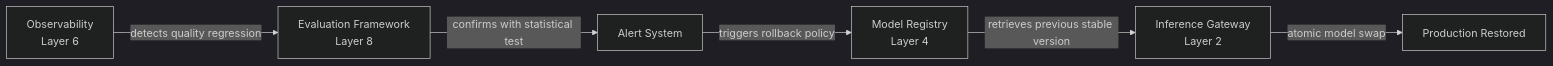
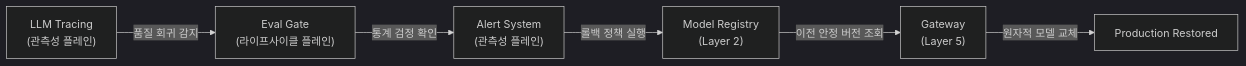
Before and after one commit to devfloor9/engineering-playbook: the seventh of 10 diagrams in docs/agentic-ai-platform/design-architecture/foundations/agentic-platform-architecture.md, drawn with Mermaid (dark theme). The commit also changed other lines of this file and 24 other files, not shown here.

````diff
--- a/docs/agentic-ai-platform/design-architecture/foundations/agentic-platform-architecture.md
+++ b/docs/agentic-ai-platform/design-architecture/foundations/agentic-platform-architecture.md
@@ -635,8 +571,8 @@
 ```mermaid
 graph LR
-    A[Observability<br/>Layer 6] -->|detects quality regression| B[Evaluation Framework<br/>Layer 8]
-    B -->|confirms with statistical test| C[Alert System]
-    C -->|triggers rollback policy| D[Model Registry<br/>Layer 4]
-    D -->|retrieves previous stable version| E[Inference Gateway<br/>Layer 2]
-    E -->|atomic model swap| F[Production Restored]
+    A["LLM Tracing<br/>(관측성 플레인)"] -->|품질 회귀 감지| B["Eval Gate<br/>(라이프사이클 플레인)"]
+    B -->|통계 검정 확인| C["Alert System<br/>(관측성 플레인)"]
+    C -->|롤백 정책 실행| D["Model Registry<br/>(Layer 2)"]
+    D -->|이전 안정 버전 조회| E["Gateway<br/>(Layer 5)"]
+    E -->|원자적 모델 교체| F["Production Restored"]
 ```
````
